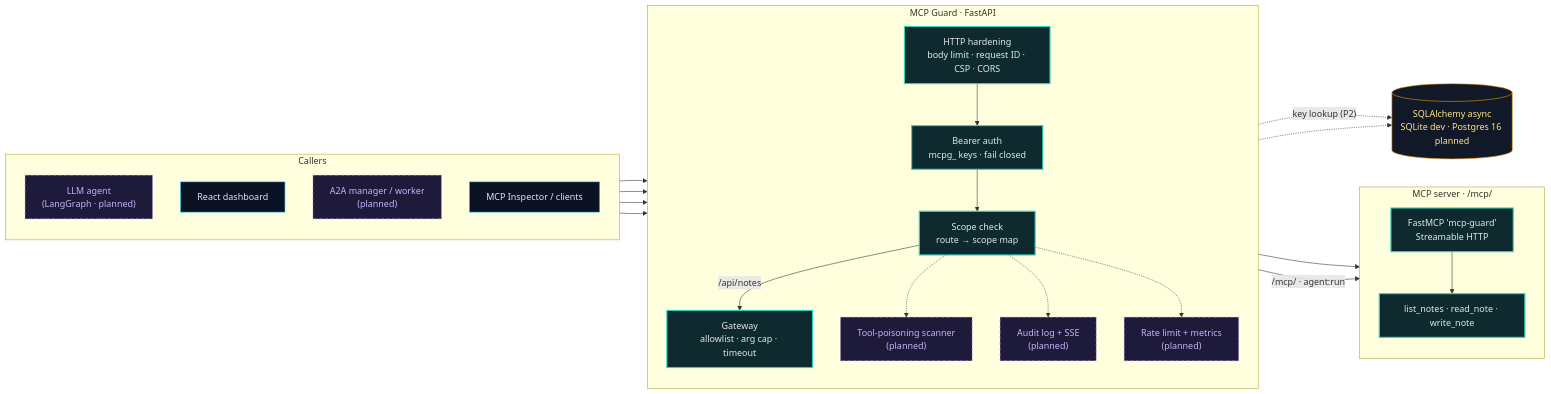
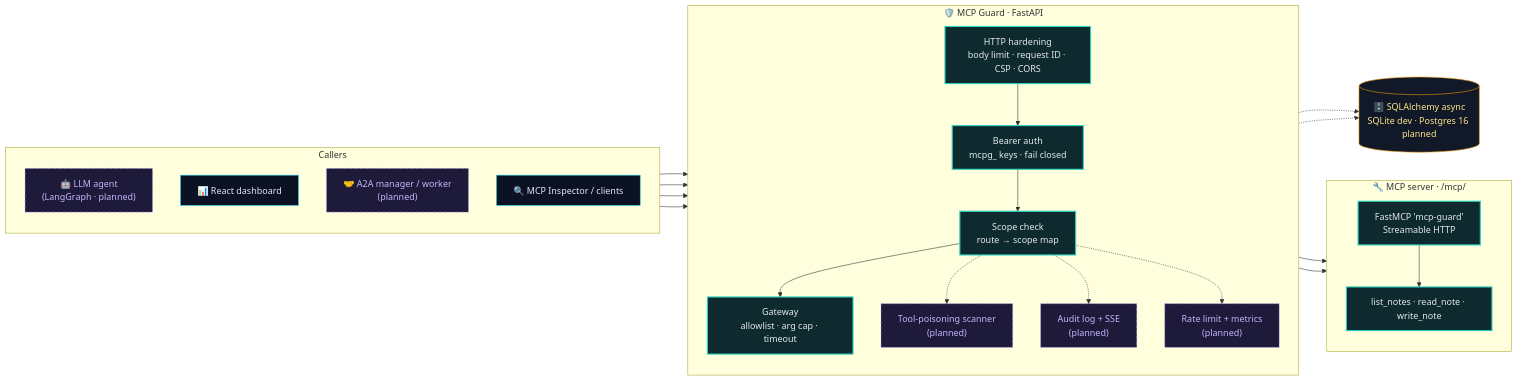
Before and after one commit to aneek22112007-tech/mcp-a2a-secure: the fourth of 4 diagrams in README.md, drawn with Mermaid. The commit also changed other lines of this file, not shown here.

Commit message:
tmp: mermaid probe 3

````diff
--- a/README.md
+++ b/README.md
@@ -213,52 +160,52 @@
 ```mermaid
 flowchart LR
     subgraph CALLERS["Callers"]
         direction TB
-        AG["LLM agent<br/>(LangGraph · planned)"]
-        UI["React dashboard"]
-        A2A["A2A manager / worker<br/>(planned)"]
-        INS["MCP Inspector / clients"]
+        AG["🤖 LLM agent<br/>(LangGraph · planned)"]
+        UI["📊 React dashboard"]
+        A2A["🤝 A2A manager / worker<br/>(planned)"]
+        INS["🔍 MCP Inspector / clients"]
     end
 
-    subgraph GUARD["MCP Guard · FastAPI"]
+    subgraph GUARD["🛡️ MCP Guard · FastAPI"]
         direction TB
         MW["HTTP hardening<br/>body limit · request ID · CSP · CORS"]
         AUTH["Bearer auth<br/>mcpg_ keys · fail closed"]
         SC["Scope check<br/>route → scope map"]
         GW["Gateway<br/>allowlist · arg cap · timeout"]
         SCAN["Tool-poisoning scanner<br/>(planned)"]
         AUD["Audit log + SSE<br/>(planned)"]
         RL["Rate limit + metrics<br/>(planned)"]
     end
 
-    subgraph TOOLS["MCP server · /mcp/"]
+    subgraph TOOLS["🔧 MCP server · /mcp/"]
         direction TB
         MCP["FastMCP 'mcp-guard'<br/>Streamable HTTP"]
         T1["list_notes · read_note · write_note"]
     end
 
-    DB[("SQLAlchemy async<br/>SQLite dev · Postgres 16 planned")]
+    DB[("🗄️ SQLAlchemy async<br/>SQLite dev · Postgres 16 planned")]
 
     AG --> MW
     UI --> MW
     A2A --> MW
     INS --> MW
     MW --> AUTH --> SC
-    SC -->|"/api/notes"| GW --> MCP
-    SC -->|"/mcp/ · agent:run"| MCP
+    SC --> GW --> MCP
+    SC --> MCP
     MCP --> T1
     SC -.-> SCAN
     SC -.-> AUD
     SC -.-> RL
-    AUTH -.->|"key lookup (P2)"| DB
+    AUTH -.-> DB
     AUD -.-> DB
 
     classDef built fill:#0f2a2e,stroke:#2dd4bf,color:#e2e8f0,stroke-width:2px
     classDef planned fill:#1e1b3a,stroke:#a78bfa,color:#c4b5fd,stroke-dasharray:5 5
     classDef caller fill:#0b1224,stroke:#22d3ee,color:#e2e8f0
     classDef store fill:#111827,stroke:#f59e0b,color:#fde68a
     class MW,AUTH,SC,GW,MCP,T1 built
     class SCAN,AUD,RL,AG,A2A planned
     class UI,INS caller
     class DB store
 ```
````
